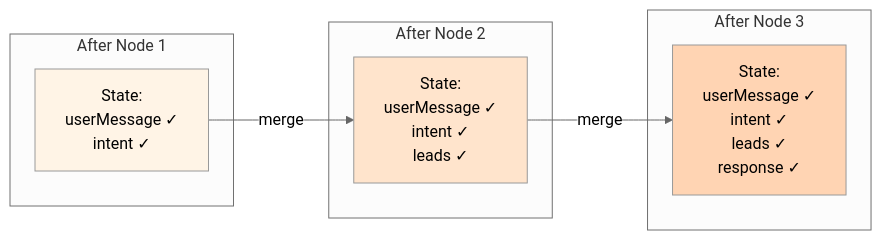
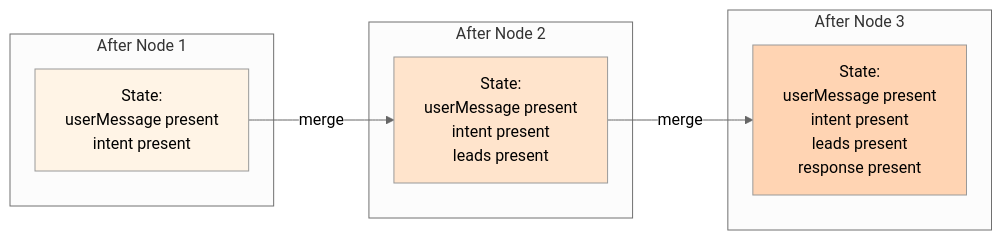
The second of 4 diagrams in Instructional-Design-Challenge/Day-01_From-Chatbot-to-Agent/00-Lectures/02-LangGraph-Mental-Model.md (AliMehdii/Jedha-use-case), drawn with Mermaid (neutral theme) before and after one commit. The commit also changed 9 other files, not shown here.

Commit message:
Refine instructional materials for AI agents: updated diagrams for chatbot vs. agent flows, improved state representation in exercises, and enhanced error handling visuals. Adjusted terminology for clarity and consistency across all lecture and exercise files.

````diff
--- a/Instructional-Design-Challenge/Day-01_From-Chatbot-to-Agent/00-Lectures/02-LangGraph-Mental-Model.md
+++ b/Instructional-Design-Challenge/Day-01_From-Chatbot-to-Agent/00-Lectures/02-LangGraph-Mental-Model.md
@@ -107,21 +107,21 @@
 ```mermaid
 graph LR
-    subgraph "After Node 1"
-        S1[State:<br/>userMessage ✓<br/>intent ✓]
+    subgraph AfterNode1["After Node 1"]
+        S1["State:<br/>userMessage present<br/>intent present"]
     end
     
-    subgraph "After Node 2"
-        S2[State:<br/>userMessage ✓<br/>intent ✓<br/>leads ✓]
+    subgraph AfterNode2["After Node 2"]
+        S2["State:<br/>userMessage present<br/>intent present<br/>leads present"]
     end
     
-    subgraph "After Node 3"
-        S3[State:<br/>userMessage ✓<br/>intent ✓<br/>leads ✓<br/>response ✓]
+    subgraph AfterNode3["After Node 3"]
+        S3["State:<br/>userMessage present<br/>intent present<br/>leads present<br/>response present"]
     end
     
     S1 -->|merge| S2
     S2 -->|merge| S3
     
     style S1 fill:#fff4e6
     style S2 fill:#ffe4cc
     style S3 fill:#ffd4b3
 ```
````
